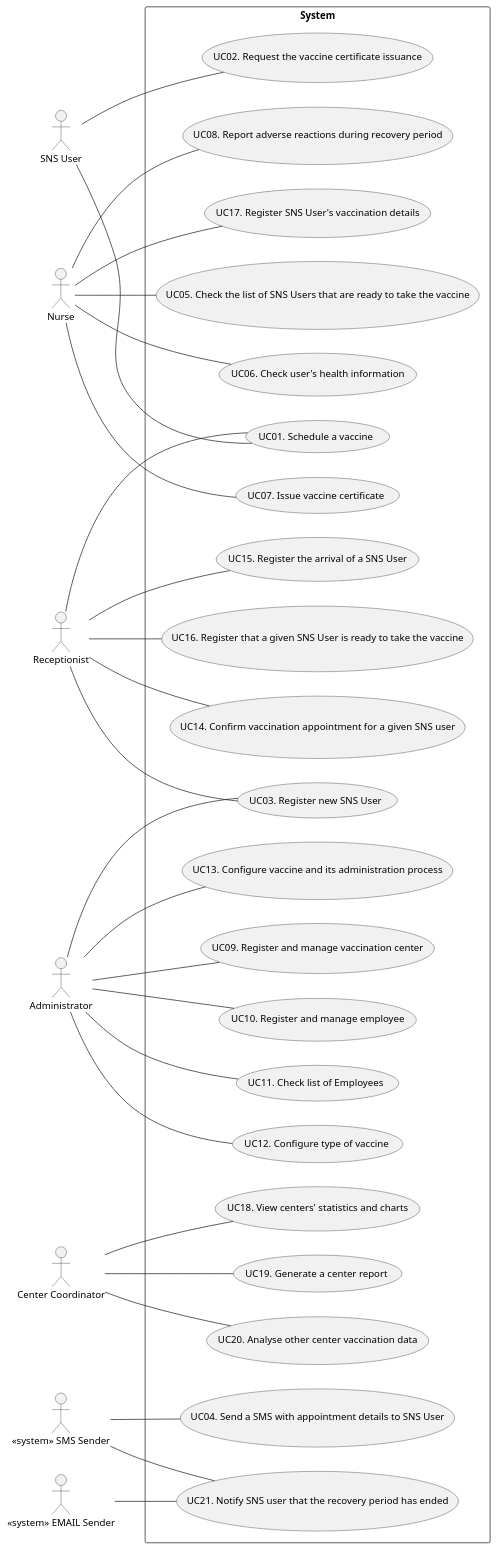
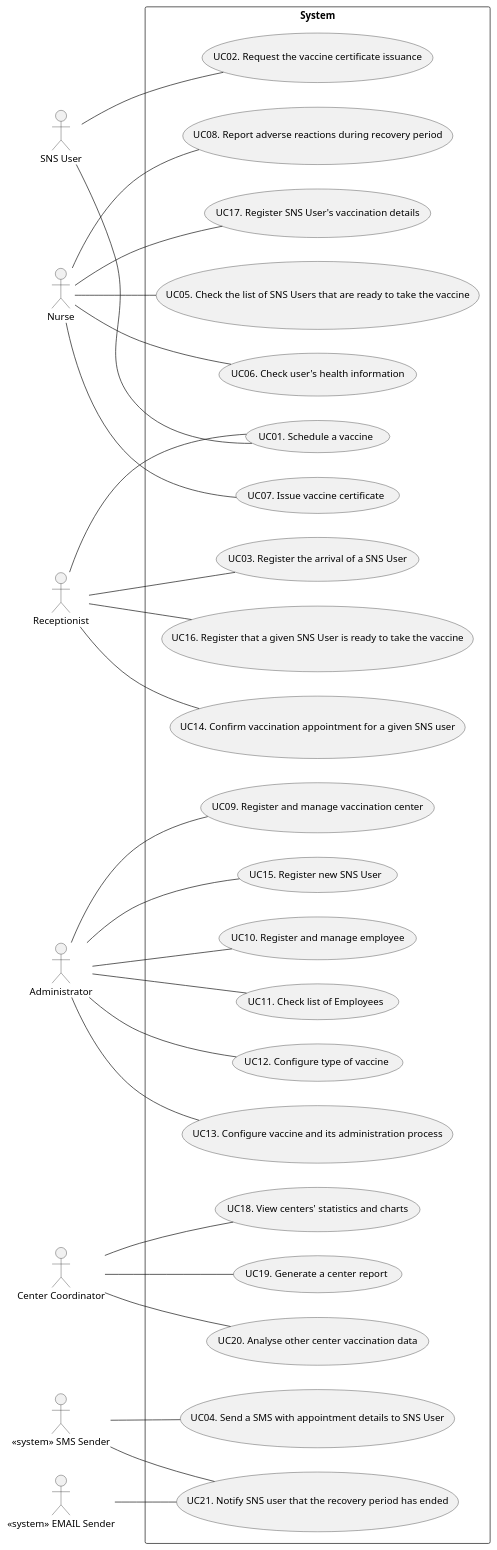
The diagram in docs/SprintB/UCD.puml (miseEnPlace-i/lapr2), drawn with PlantUML before and after one commit. The commit also changed 22 other files, not shown here.

```diff
--- a/docs/SprintB/UCD.puml
+++ b/docs/SprintB/UCD.puml
@@ -1,62 +1,61 @@
 @startuml UCD
 
 left to right direction
 
 actor "SNS User" as user
 actor "Nurse" as nurse
 actor "Receptionist" as recept
 actor "Administrator" as admin
 actor "Center Coordinator" as coordinator
 actor "<< system >> SMS Sender" as dgs
 actor "<< system >> EMAIL Sender" as dgsEmail
 
 rectangle System {
   usecase "UC01. Schedule a vaccine" as UC01
   usecase "UC02. Request the vaccine certificate issuance" as UC02
-  usecase "UC03. Register new SNS User" as UC20
+  usecase "UC15. Register new SNS User" as UC20
   usecase "UC04. Send a SMS with appointment details to SNS User" as UC03
   usecase "UC05. Check the list of SNS Users that are ready to take the vaccine" as UC05
   usecase "UC06. Check user's health information" as UC06
   usecase "UC07. Issue vaccine certificate" as UC07
   usecase "UC08. Report adverse reactions during recovery period" as UC08
   usecase "UC09. Register and manage vaccination center" as UC18
   usecase "UC10. Register and manage employee" as UC19
   usecase "UC11. Check list of Employees" as UC22
   usecase "UC12. Configure type of vaccine" as UC16
   usecase "UC13. Configure vaccine and its administration process" as UC17
   usecase "UC14. Confirm vaccination appointment for a given SNS user" as UC11
-  usecase "UC15. Register the arrival of a SNS User" as UC10
+  usecase "UC03. Register the arrival of a SNS User" as UC10
   usecase "UC16. Register that a given SNS User is ready to take the vaccine" as UC12
   usecase "UC17. Register SNS User's vaccination details" as UC09
   usecase "UC18. View centers' statistics and charts" as UC13
   usecase "UC19. Generate a center report" as UC14
   usecase "UC20. Analyse other center vaccination data" as UC15
   usecase "UC21. Notify SNS user that the recovery period has ended" as UC21
 }
 
 user -- UC01
 user -- UC02
 dgs -- UC03
 recept -- UC01
-recept -- UC20
 nurse -- UC05
 nurse -- UC06
 nurse -- UC07
 nurse -- UC08
 nurse -- UC09
 recept -- UC10
 recept -- UC11
 recept -- UC12
 coordinator -- UC13
 coordinator -- UC14
 coordinator -- UC15
 admin -- UC16
 admin -- UC17
 admin -- UC18
 admin -- UC19
 admin -- UC22
 admin -- UC20
 dgs -- UC21
 dgsEmail -- UC21
 
 @enduml
```
